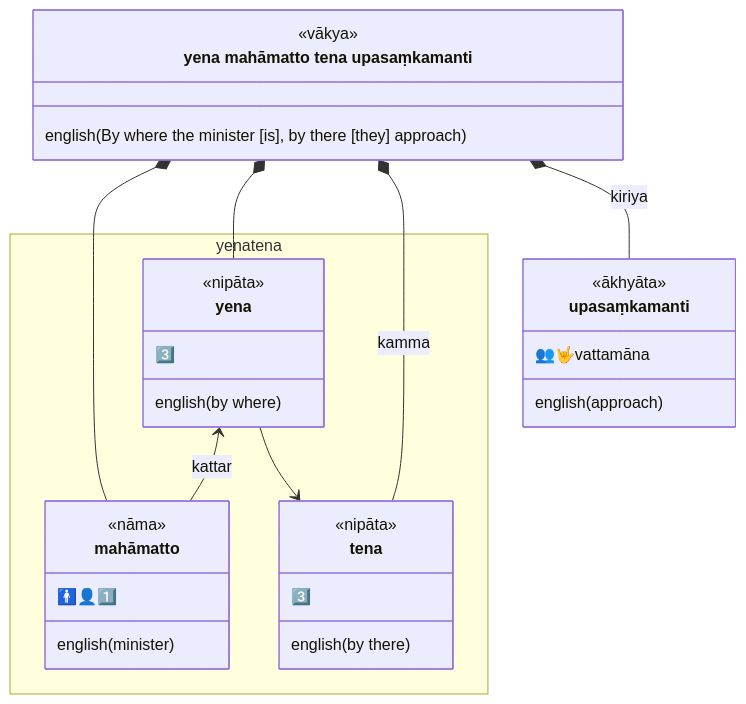
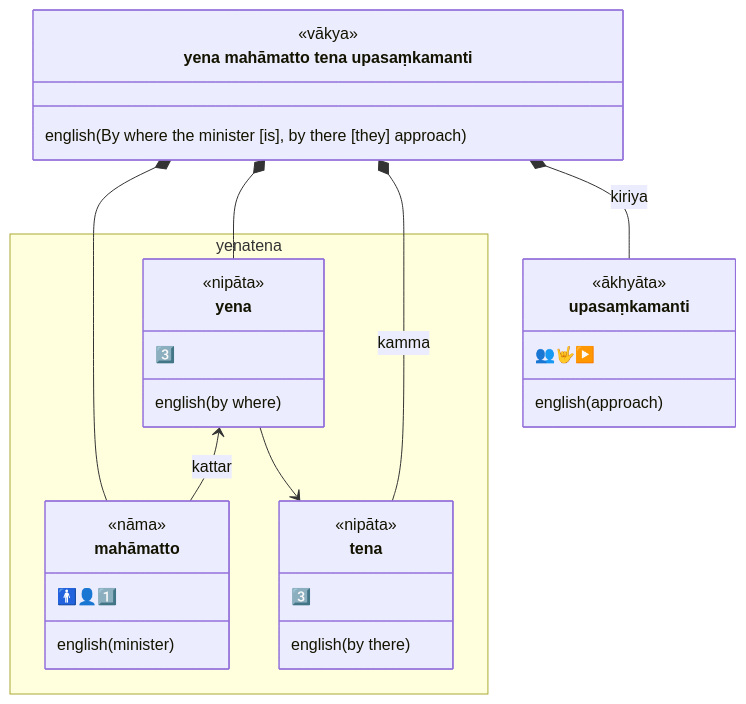
One commit to ChristineTham/buddhavacana changed the fifth of 6 diagrams in content/en/docs/Pali/sentences.md. Above: the diagram before and after it, drawn with Mermaid. The commit also changed other lines of this file and 6 other files, not shown here.

````diff
--- a/content/en/docs/Pali/sentences.md
+++ b/content/en/docs/Pali/sentences.md
@@ -146,35 +162,35 @@
 ```mermaid
 classDiagram
   class sentence["yena mahāmatto tena upasaṃkamanti"] {
     <<vākya>>
     english(By where the minister [is], by there [they] approach)
   }
   namespace yenatena {
     class yena {
       <<nipāta>>
       3️⃣
       english(by where)
     }
     class mahāmatto {
       <<nāma>>
       🚹👤1️⃣
       english(minister)
     }
     class tena {
       <<nipāta>>
       3️⃣
       english(by there)
     }
   }
   class upasaṃkamanti {
     <<ākhyāta>>
-     👥🤟vattamāna
+     👥🤟▶️
     english(approach)
   }
   sentence *-- yena
   sentence *-- mahāmatto
   yena <-- mahāmatto : kattar
   yena --> tena
   sentence *-- tena : kamma
   sentence *-- upasaṃkamanti: kiriya
 ```
````
